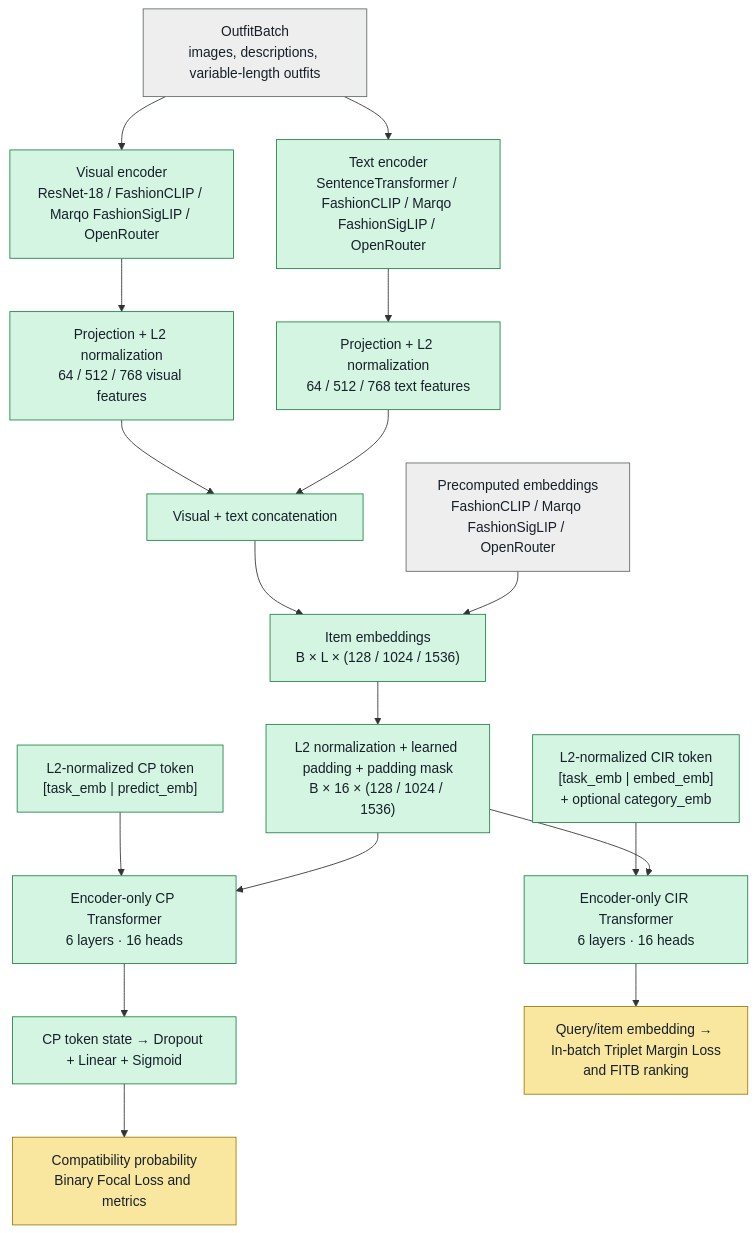
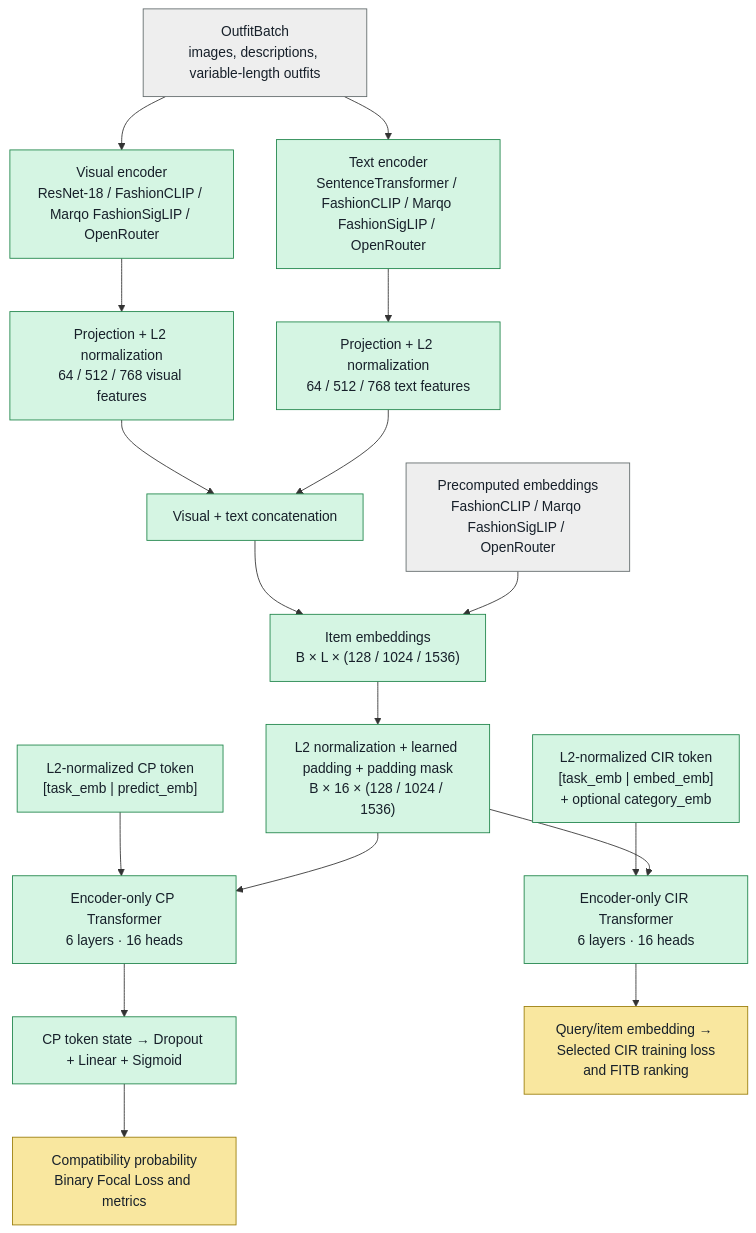
One commit to FlorindoDev/OutfitTransformer changed the first of 2 diagrams in README.md. Above: the diagram before and after it, drawn with Mermaid. The commit also changed other lines of this file and 12 other files, not shown here.

First line of the commit message:
feat(cir): aggiungi InfoNCE e Joint con --loss

````diff
--- a/README.md
+++ b/README.md
@@ -170,34 +169,34 @@
 ```mermaid
 flowchart TD
     A["OutfitBatch<br/>images, descriptions, variable-length outfits"]
 
     A --> B["Visual encoder<br/>ResNet-18 / FashionCLIP / Marqo FashionSigLIP / OpenRouter"]
     A --> C["Text encoder<br/>SentenceTransformer / FashionCLIP / Marqo FashionSigLIP / OpenRouter"]
 
     B --> D["Projection + L2 normalization<br/>64 / 512 / 768 visual features"]
     C --> E["Projection + L2 normalization<br/>64 / 512 / 768 text features"]
 
     D --> F["Visual + text concatenation"]
     E --> F
 
     F --> G["Item embeddings<br/>B × L × (128 / 1024 / 1536)"]
     P["Precomputed embeddings<br/>FashionCLIP / Marqo FashionSigLIP / OpenRouter"] --> G
     G --> H["L2 normalization + learned padding + padding mask<br/>B × 16 × (128 / 1024 / 1536)"]
 
     K["L2-normalized CP token<br/>[task_emb | predict_emb]"] --> L["Encoder-only CP Transformer<br/>6 layers · 16 heads"]
     H --> L
     L --> M["CP token state → Dropout + Linear + Sigmoid"]
     M --> N["Compatibility probability<br/>Binary Focal Loss and metrics"]
 
     O["L2-normalized CIR token<br/>[task_emb | embed_emb]<br/>+ optional category_emb"] --> Q["Encoder-only CIR Transformer<br/>6 layers · 16 heads"]
     H --> Q
-    Q --> R["Query/item embedding → In-batch Triplet Margin Loss<br/>and FITB ranking"]
+    Q --> R["Query/item embedding → Selected CIR training loss<br/>and FITB ranking"]
 
     classDef processing fill:#d5f5e3,stroke:#1e8449,color:#17202a;
     classDef input fill:#eeeeee,stroke:#616a6b,color:#17202a;
     classDef loss fill:#f9e79f,stroke:#9a7d0a,color:#17202a;
 
     class B,C,D,E,F,G,H,K,L,M,O,Q processing;
     class A,P input;
     class N,R loss;
 ```
````
